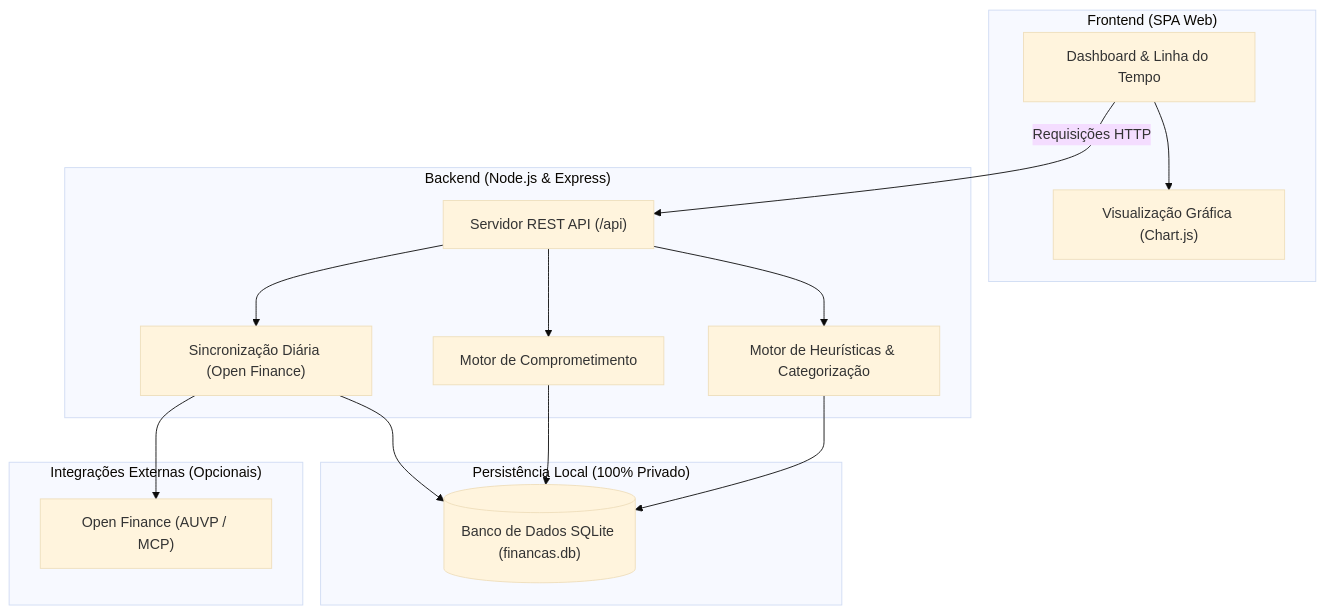
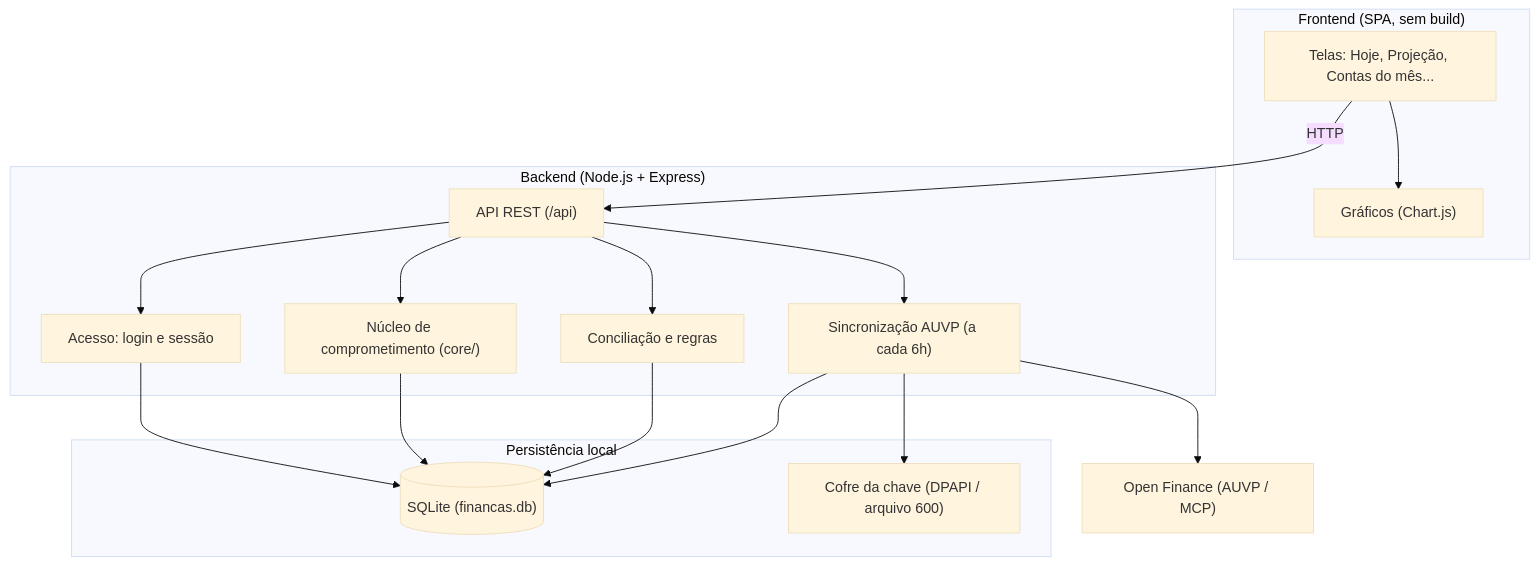
The diagram in README.md (EvanderLucena/leftover-finance), drawn with Mermaid (base theme) before and after one commit. The commit also changed other lines of this file and 2 other files, not shown here.

````diff
--- a/README.md
+++ b/README.md
@@ -71,34 +261,36 @@
 ```mermaid
 flowchart TD
-    subgraph C1["Frontend (SPA Web)"]
-        UI["Dashboard & Linha do Tempo"]
-        Charts["Visualização Gráfica (Chart.js)"]
+    subgraph C1["Frontend (SPA, sem build)"]
+        UI["Telas: Hoje, Projeção, Contas do mês..."]
+        Charts["Gráficos (Chart.js)"]
         UI --> Charts
     end
 
-    subgraph C2["Backend (Node.js & Express)"]
-        API["Servidor REST API (/api)"]
-        Rules["Motor de Heurísticas & Categorização"]
-        Motor["Motor de Comprometimento"]
-        Sync["Sincronização Diária (Open Finance)"]
+    subgraph C2["Backend (Node.js + Express)"]
+        API["API REST (/api)"]
+        Acesso["Acesso: login e sessão"]
+        Core["Núcleo de comprometimento (core/)"]
+        Conc["Conciliação e regras"]
+        Sync["Sincronização AUVP (a cada 6h)"]
 
-        API --> Rules
-        API --> Motor
+        API --> Acesso
+        API --> Core
+        API --> Conc
         API --> Sync
     end
 
-    subgraph C3["Persistência Local (100% Privado)"]
-        DB[("Banco de Dados SQLite (financas.db)")]
+    subgraph C3["Persistência local"]
+        DB[("SQLite (financas.db)")]
+        Cofre["Cofre da chave (DPAPI / arquivo 600)"]
     end
 
-    subgraph C4["Integrações Externas (Opcionais)"]
-        AUVP["Open Finance (AUVP / MCP)"]
-    end
+    AUVP["Open Finance (AUVP / MCP)"]
 
-    UI -->|Requisições HTTP| API
-    Rules --> DB
-    Motor --> DB
+    UI -->|HTTP| API
+    Acesso --> DB
+    Core --> DB
+    Conc --> DB
     Sync --> DB
-
+    Sync --> Cofre
     Sync --> AUVP
 ```
````
